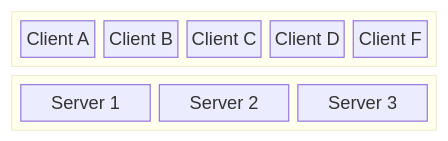
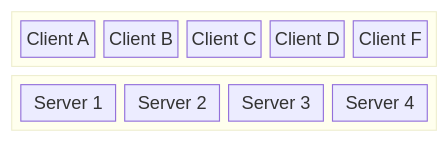
Before and after one commit to jan379/quobyte-presales: the diagram in slidegenerator/mermaid/cluster_diagram.md, drawn with Mermaid.

Commit message:
scale oout

````diff
--- a/slidegenerator/mermaid/cluster_diagram.md
+++ b/slidegenerator/mermaid/cluster_diagram.md
@@ -3,18 +3,18 @@
 ```mermaid
 block
 columns 1
   block:Compute
     C1["Client A"]
     C2["Client B"]
     C3["Client C"]
     C4["Client D"]
     C5["Client E"]
     C5["Client F"]
   end
   block:Storage
     S1["Server 1"]
     S2["Server 2"]
     S3["Server 3"]
-    S3["Server 3"]
+    S4["Server 4"]
   end
 ```
````
